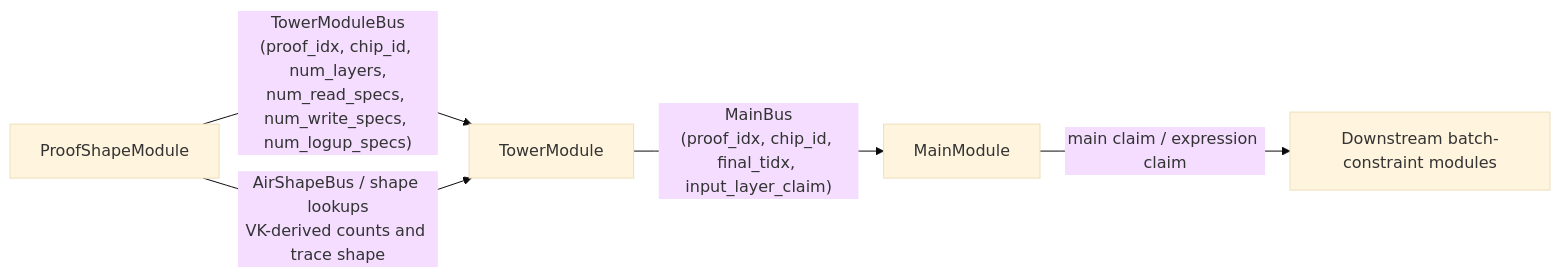
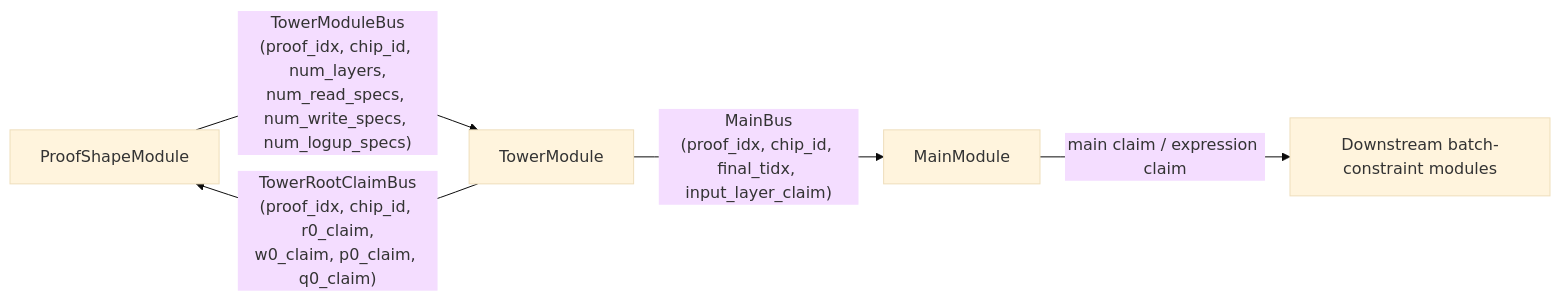
Before and after one commit to scroll-tech/ceno: the first of 2 diagrams in ceno_recursion_v2/docs/tower_module_design.md, drawn with Mermaid (base theme). The commit also changed other lines of this file and 1 other file, not shown here.

Commit message:
docs: update tower AIR and module design specs

````diff
--- a/ceno_recursion_v2/docs/tower_module_design.md
+++ b/ceno_recursion_v2/docs/tower_module_design.md
@@ -53,14 +273,14 @@
 ```mermaid
 flowchart LR
     PS[ProofShapeModule]
     TW[TowerModule]
     MAIN[MainModule]
     DOWN[Downstream batch-constraint modules]
 
     PS -- "TowerModuleBus\n(proof_idx, chip_id, num_layers,\nnum_read_specs, num_write_specs, num_logup_specs)" --> TW
-    PS -- "AirShapeBus / shape lookups\nVK-derived counts and trace shape" --> TW
 
+    TW -- "TowerRootClaimBus\n(proof_idx, chip_id, r0_claim,\nw0_claim, p0_claim, q0_claim)" --> PS
     TW -- "MainBus\n(proof_idx, chip_id, final_tidx, input_layer_claim)" --> MAIN
 
     MAIN -- "main claim / expression claim" --> DOWN
 ```
````
